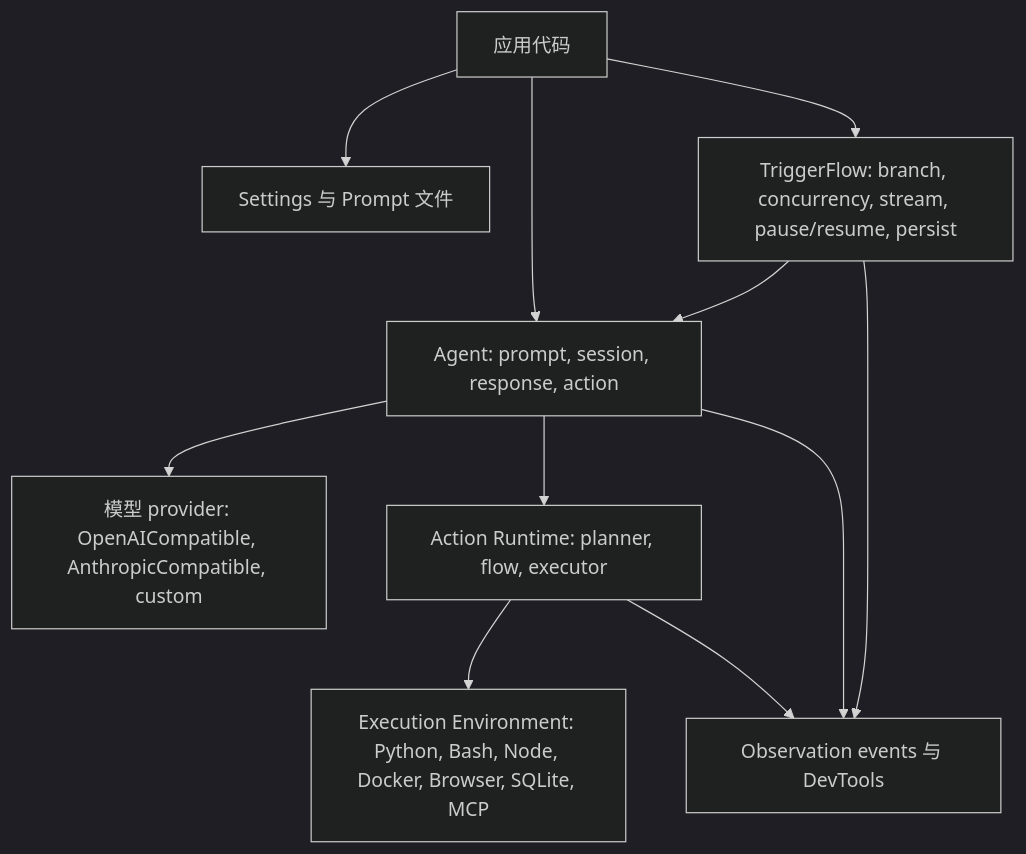
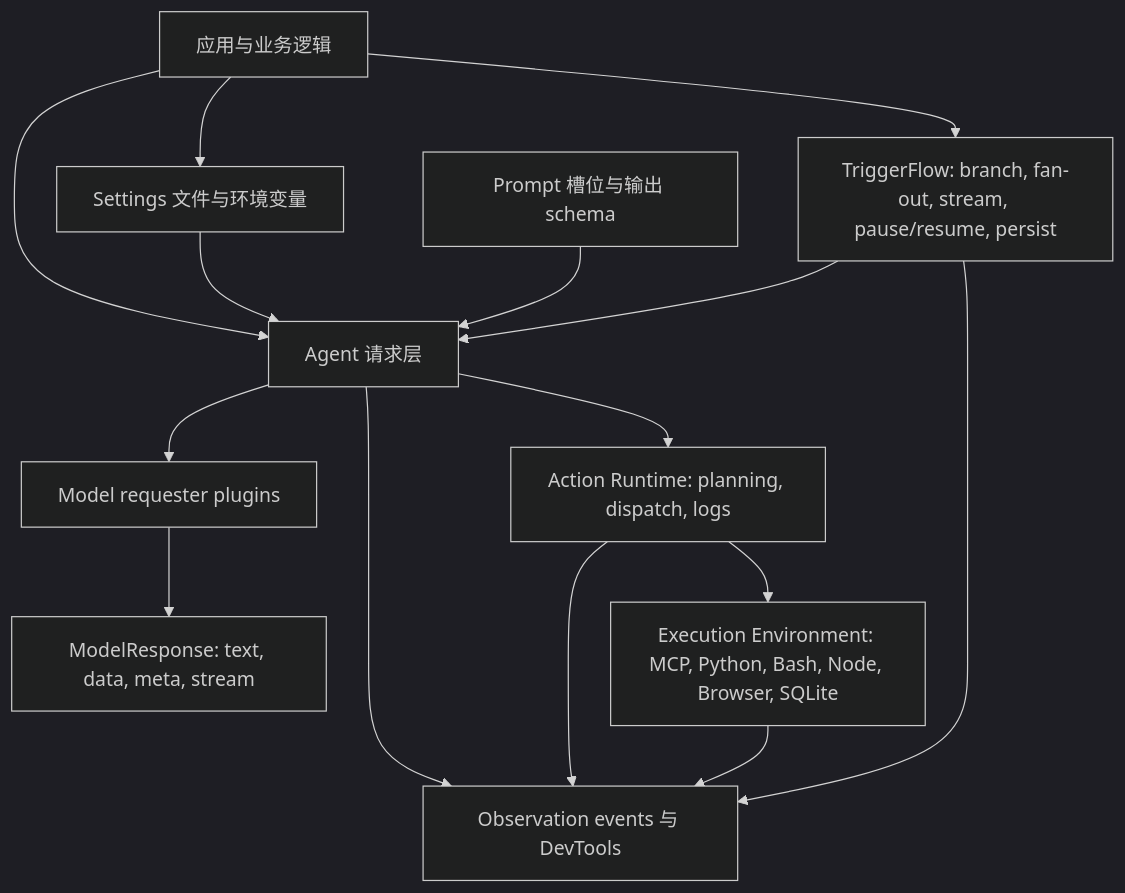
Before and after one commit to reconsumeralization/Agently: the first of 2 diagrams in README_CN.md, drawn with Mermaid (dark theme). The commit also changed other lines of this file and 3 other files, not shown here.

````diff
--- a/README_CN.md
+++ b/README_CN.md
@@ -235,22 +362,28 @@
 ```mermaid
 graph TB
-    App["应用代码"]
-    Settings["Settings 与 Prompt 文件"]
-    Agent["Agent: prompt, session, response, action"]
-    Model["模型 provider: OpenAICompatible, AnthropicCompatible, custom"]
-    Action["Action Runtime: planner, flow, executor"]
-    Env["Execution Environment: Python, Bash, Node, Docker, Browser, SQLite, MCP"]
-    Flow["TriggerFlow: branch, concurrency, stream, pause/resume, persist"]
+    App["应用与业务逻辑"]
+    Settings["Settings 文件与环境变量"]
+    Prompt["Prompt 槽位与输出 schema"]
+    Agent["Agent 请求层"]
+    Model["Model requester plugins"]
+    Response["ModelResponse: text, data, meta, stream"]
+    Action["Action Runtime: planning, dispatch, logs"]
+    Env["Execution Environment: MCP, Python, Bash, Node, Browser, SQLite"]
+    Flow["TriggerFlow: branch, fan-out, stream, pause/resume, persist"]
     Observe["Observation events 与 DevTools"]
 
     App --> Settings
     App --> Agent
+    Settings --> Agent
+    Prompt --> Agent
     Agent --> Model
+    Model --> Response
     Agent --> Action
     Action --> Env
     App --> Flow
     Flow --> Agent
     Agent --> Observe
     Action --> Observe
+    Env --> Observe
     Flow --> Observe
 ```
````
